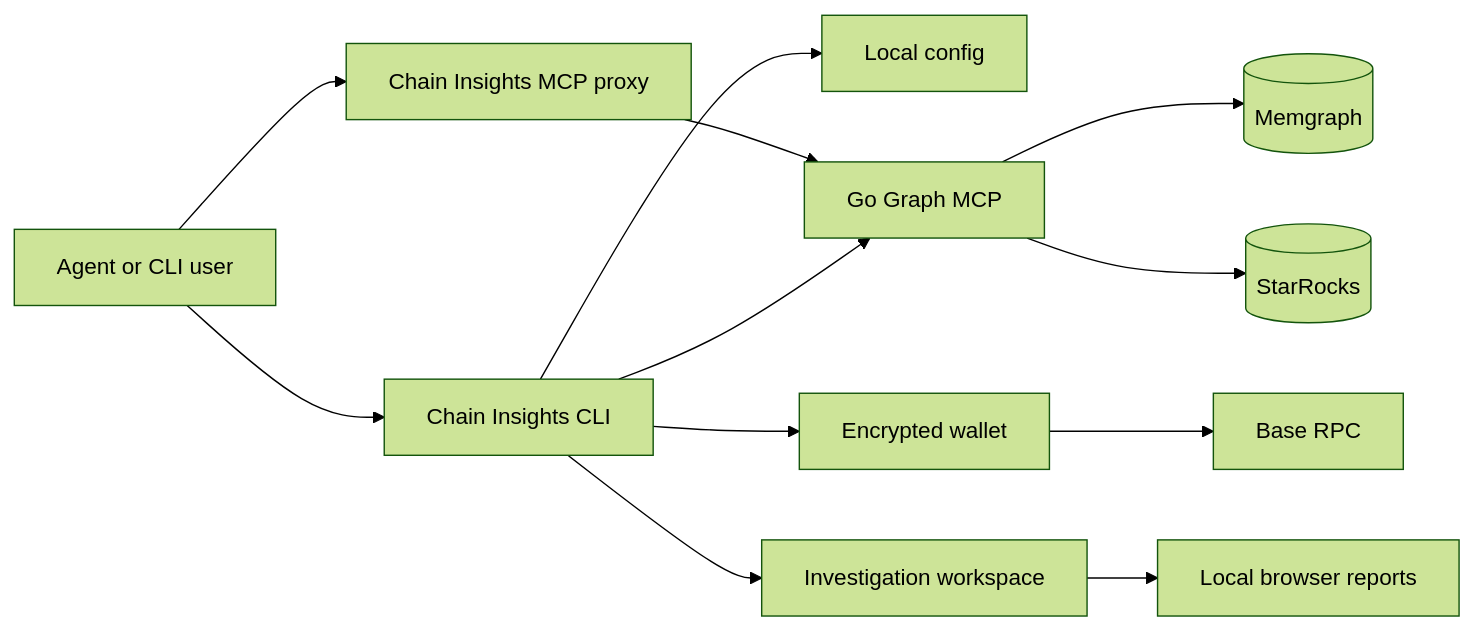
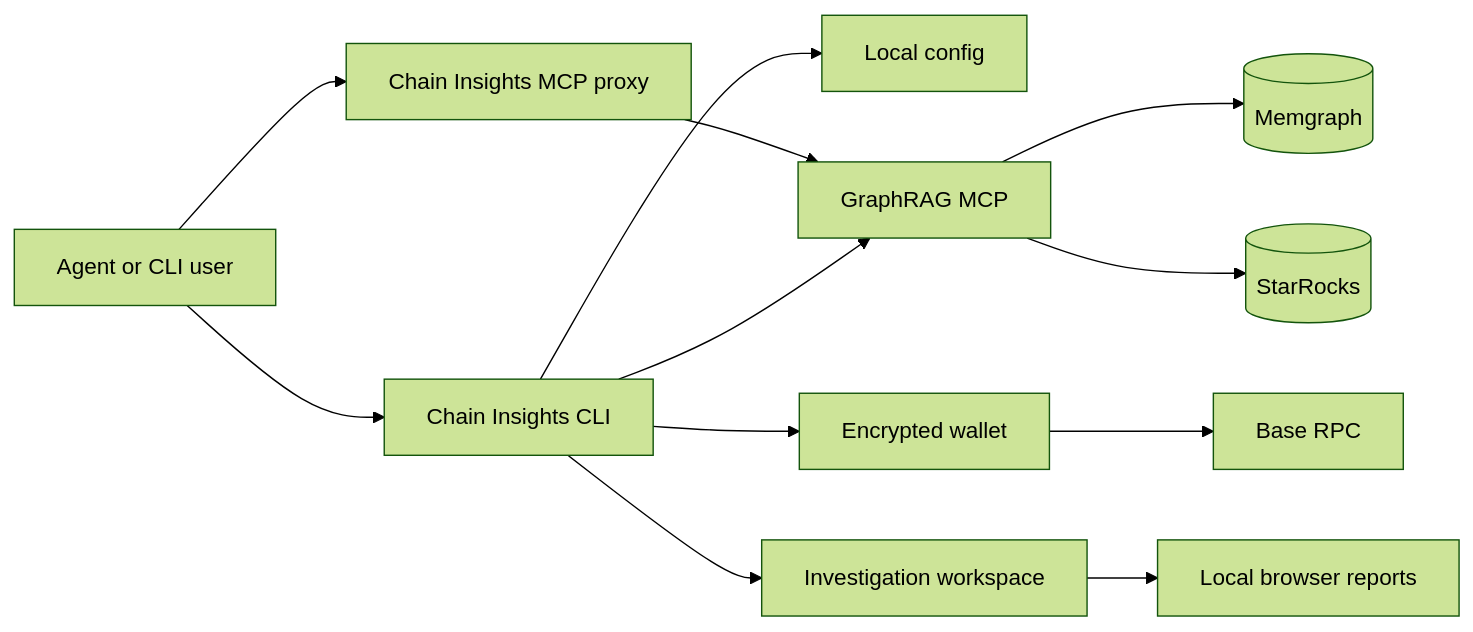
One commit to chainswarm/chain-insights changed the diagram in docs/architecture.md. Above: the diagram before and after it, drawn with Mermaid (forest theme). The commit also changed other lines of this file and 4 other files, not shown here.

````diff
--- a/docs/architecture.md
+++ b/docs/architecture.md
@@ -9,14 +9,14 @@
 ```mermaid
 flowchart LR
   Agent[Agent or CLI user] --> Proxy[Chain Insights MCP proxy]
   Agent --> CLI[Chain Insights CLI]
   CLI --> Config[Local config]
   CLI --> Wallet[Encrypted wallet]
   CLI --> Workspace[Investigation workspace]
-  Proxy --> GraphMCP[Go Graph MCP]
+  Proxy --> GraphMCP[GraphRAG MCP]
   CLI --> GraphMCP
   GraphMCP --> Memgraph[(Memgraph)]
   GraphMCP --> StarRocks[(StarRocks)]
   Wallet --> Base[Base RPC]
   Workspace --> Browser[Local browser reports]
 ```
````
